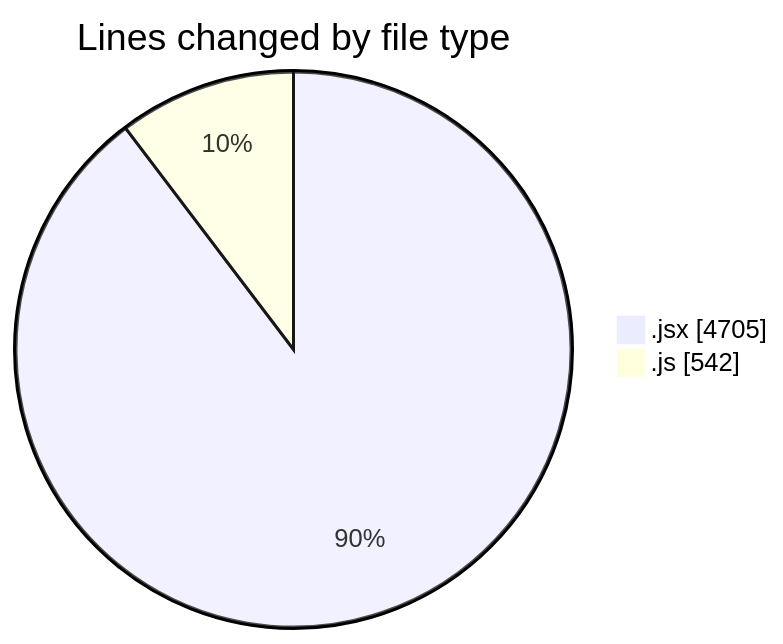
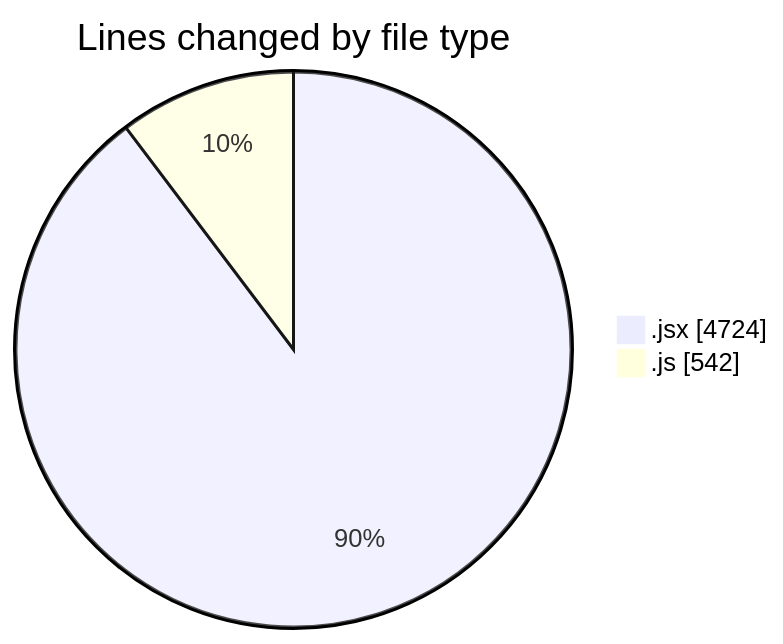
Before and after one commit to nxtqubesakshisongat/code-tracking: the first of 2 diagrams in 2026-01-07/nxtqube_webapp/README.md, drawn with Mermaid. The commit also changed other lines of this file and 1 other file, not shown here.

````diff
--- a/2026-01-07/nxtqube_webapp/README.md
+++ b/2026-01-07/nxtqube_webapp/README.md
@@ -26,6 +26,6 @@
 ```mermaid
 pie showData
 title Lines changed by file type
-".jsx" : 4705
+".jsx" : 4724
 ".js" : 542
 ```
````
